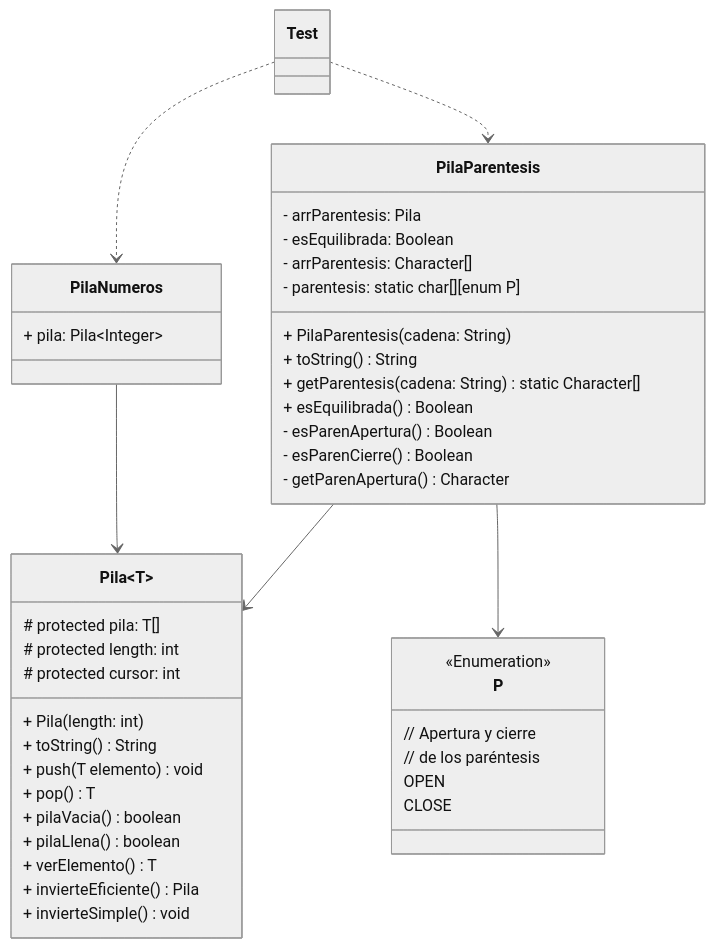
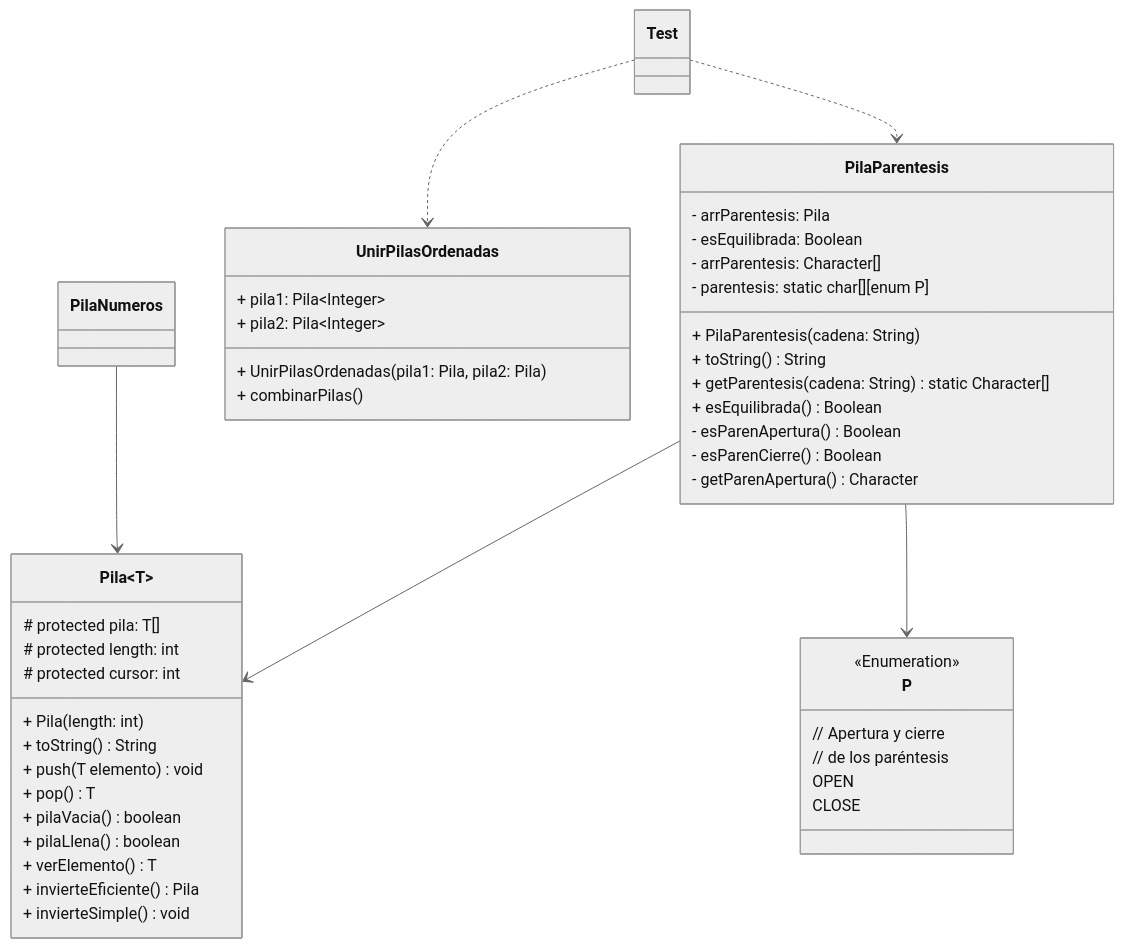
Before and after one commit to aguz11/EDA_Tp3-2: the diagram in class-diagram.md, drawn with Mermaid (neutral theme).

````diff
--- a/class-diagram.md
+++ b/class-diagram.md
@@ -1,56 +1,59 @@
 ```mermaid
 classDiagram
     class Pila~T~ {
         # protected pila: T[]
         # protected length: int
         # protected cursor: int
 
         + Pila(length: int)
         + toString() String
 
         + push(T elemento) void
         + pop() T
         + pilaVacia() boolean
         + pilaLlena() boolean
         + verElemento() T
         + invierteEficiente() Pila
         + invierteSimple() void
 
     }
     class PilaParentesis {
         - arrParentesis: Pila
         - esEquilibrada: Boolean
         - arrParentesis: Character[]
         - parentesis: static char[][enum P]
 
         + PilaParentesis(cadena: String)
         + toString() String
         + getParentesis(cadena: String) static Character[]
         + esEquilibrada() Boolean
         - esParenApertura() Boolean
         - esParenCierre() Boolean
         - getParenApertura() Character
     }
      class P {
         <<Enumeration>>
         // Apertura y cierre
         // de los paréntesis
         OPEN
         CLOSE
     }
 
-    class PilaNumeros {
-        + pila: Pila~Integer~
+    class UnirPilasOrdenadas {
+        + pila1: Pila~Integer~
+        + pila2: Pila~Integer~
+        + UnirPilasOrdenadas(pila1: Pila, pila2: Pila)
+        + combinarPilas()
 
     }
     class Test {
 
     }
 
     PilaParentesis --> Pila
     PilaParentesis --> P
     PilaNumeros --> Pila
     Test ..> PilaParentesis
-    Test ..> PilaNumeros
+    Test ..> UnirPilasOrdenadas
 
 ```
````
